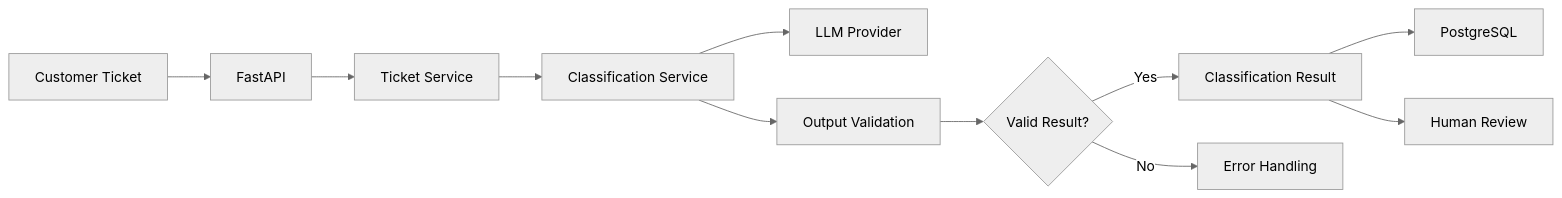
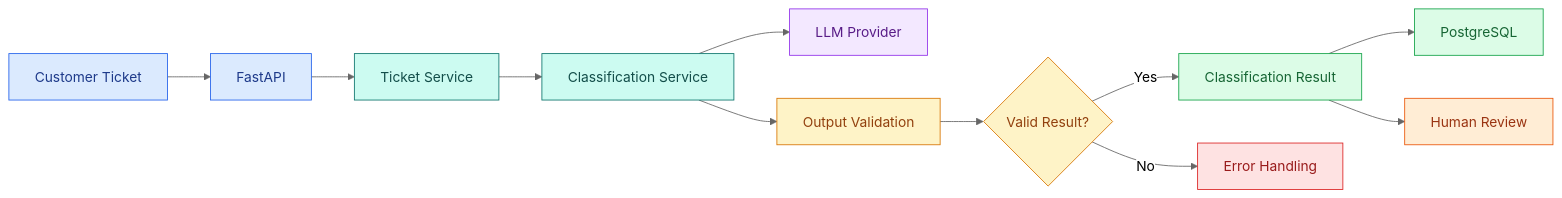
The first of 3 diagrams in docs/project01.md (mezni/tracker), drawn with Mermaid (neutral theme) before and after one commit.

Commit message:
docs: colorize project A1 target architecture

````diff
--- a/docs/project01.md
+++ b/docs/project01.md
@@ -150,13 +150,33 @@
 ```mermaid
 flowchart LR
     A[Customer Ticket] --> B[FastAPI]
     B --> C[Ticket Service]
     C --> D[Classification Service]
     D --> E[LLM Provider]
     D --> F[Output Validation]
     F --> G{Valid Result?}
     G -->|Yes| H[Classification Result]
     G -->|No| I[Error Handling]
     H --> J[PostgreSQL]
     H --> K[Human Review]
+
+    classDef input fill:#DBEAFE,stroke:#2563EB,color:#1E3A8A;
+    classDef api fill:#DBEAFE,stroke:#2563EB,color:#1E3A8A;
+    classDef service fill:#CCFBF1,stroke:#0F766E,color:#134E4A;
+    classDef ai fill:#F3E8FF,stroke:#9333EA,color:#581C87;
+    classDef validation fill:#FEF3C7,stroke:#D97706,color:#92400E;
+    classDef decision fill:#FEF3C7,stroke:#D97706,color:#92400E;
+    classDef persistence fill:#DCFCE7,stroke:#16A34A,color:#166534;
+    classDef human fill:#FFEDD5,stroke:#EA580C,color:#9A3412;
+    classDef error fill:#FEE2E2,stroke:#DC2626,color:#991B1B;
+
+    class A input;
+    class B api;
+    class C,D service;
+    class E ai;
+    class F validation;
+    class G decision;
+    class H,J persistence;
+    class K human;
+    class I error;
 ```
````
